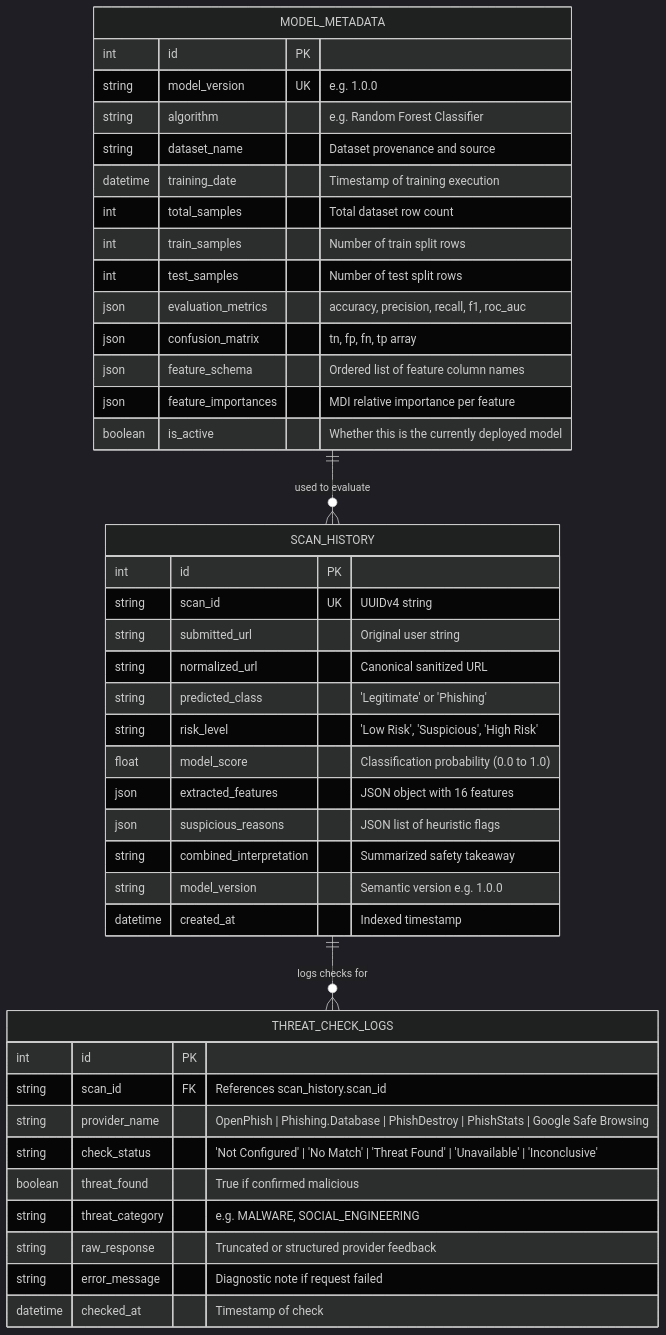
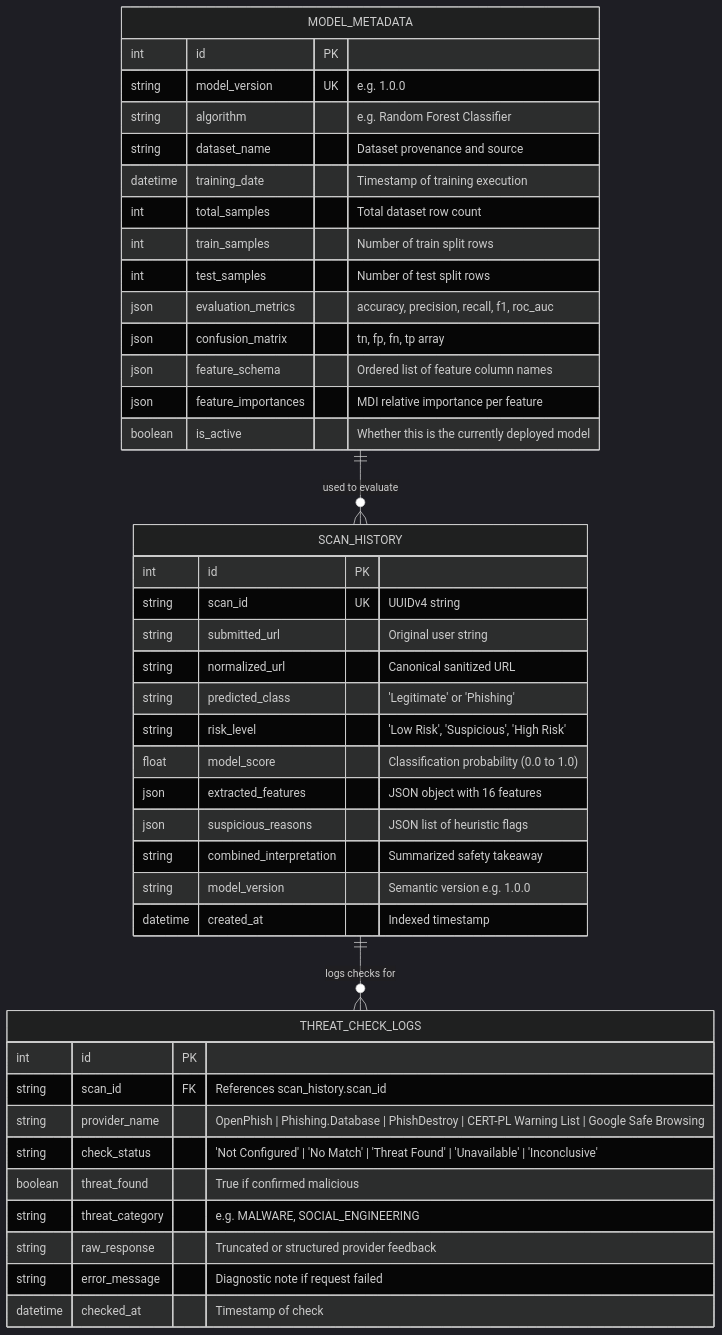
Before and after one commit to varunshetty1893/PhishGuard.Ai: the diagram in docs/DATABASE_DESIGN.md, drawn with Mermaid (dark theme). The commit also changed 24 other files, not shown here.

Commit message:
Replace unavailable PhishStats with CERT-PL feed

````diff
--- a/docs/DATABASE_DESIGN.md
+++ b/docs/DATABASE_DESIGN.md
@@ -12,48 +12,48 @@
 ```mermaid
 erDiagram
     SCAN_HISTORY ||--o{ THREAT_CHECK_LOGS : "logs checks for"
     MODEL_METADATA ||--o{ SCAN_HISTORY : "used to evaluate"
 
     SCAN_HISTORY {
         int id PK
         string scan_id UK "UUIDv4 string"
         string submitted_url "Original user string"
         string normalized_url "Canonical sanitized URL"
         string predicted_class "'Legitimate' or 'Phishing'"
         string risk_level "'Low Risk', 'Suspicious', 'High Risk'"
         float model_score "Classification probability (0.0 to 1.0)"
         json extracted_features "JSON object with 16 features"
         json suspicious_reasons "JSON list of heuristic flags"
         string combined_interpretation "Summarized safety takeaway"
         string model_version "Semantic version e.g. 1.0.0"
         datetime created_at "Indexed timestamp"
     }
 
     THREAT_CHECK_LOGS {
         int id PK
         string scan_id FK "References scan_history.scan_id"
-        string provider_name "OpenPhish | Phishing.Database | PhishDestroy | PhishStats | Google Safe Browsing"
+        string provider_name "OpenPhish | Phishing.Database | PhishDestroy | CERT-PL Warning List | Google Safe Browsing"
         string check_status "'Not Configured' | 'No Match' | 'Threat Found' | 'Unavailable' | 'Inconclusive'"
         boolean threat_found "True if confirmed malicious"
         string threat_category "e.g. MALWARE, SOCIAL_ENGINEERING"
         string raw_response "Truncated or structured provider feedback"
         string error_message "Diagnostic note if request failed"
         datetime checked_at "Timestamp of check"
     }
 
     MODEL_METADATA {
         int id PK
         string model_version UK "e.g. 1.0.0"
         string algorithm "e.g. Random Forest Classifier"
         string dataset_name "Dataset provenance and source"
         datetime training_date "Timestamp of training execution"
         int total_samples "Total dataset row count"
         int train_samples "Number of train split rows"
         int test_samples "Number of test split rows"
         json evaluation_metrics "accuracy, precision, recall, f1, roc_auc"
         json confusion_matrix "tn, fp, fn, tp array"
         json feature_schema "Ordered list of feature column names"
         json feature_importances "MDI relative importance per feature"
         boolean is_active "Whether this is the currently deployed model"
     }
 ```
````
